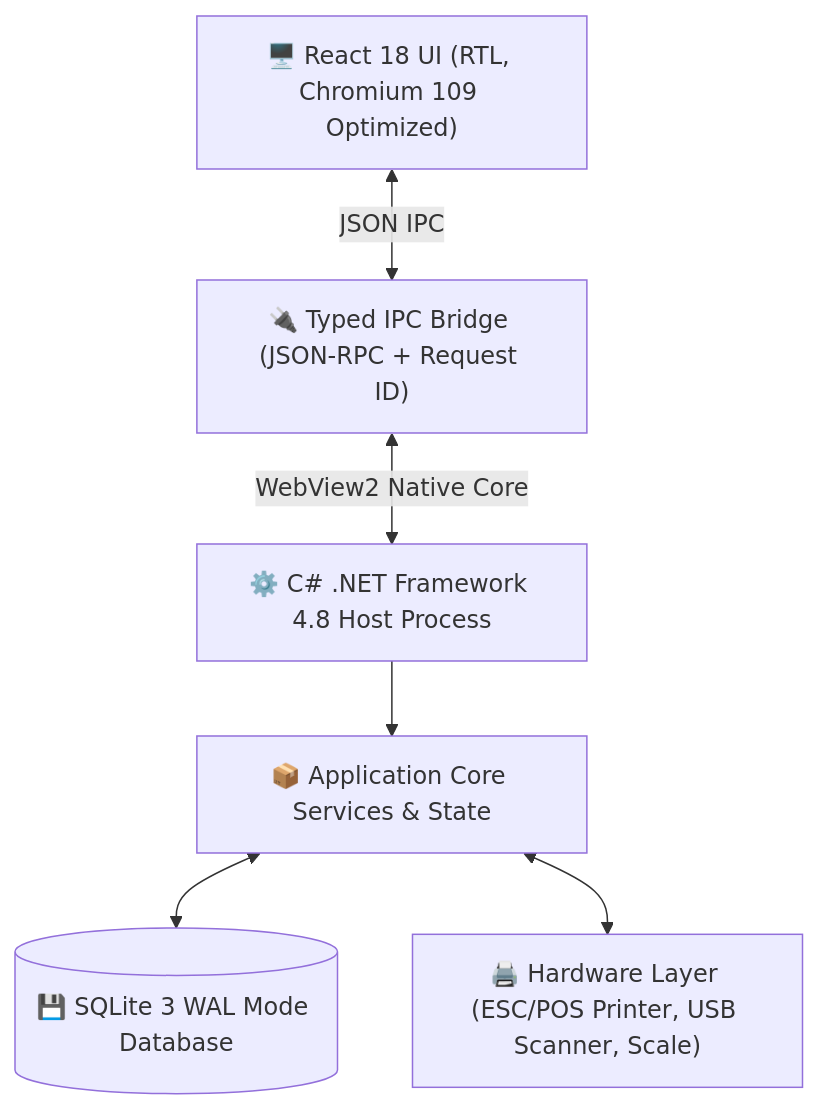
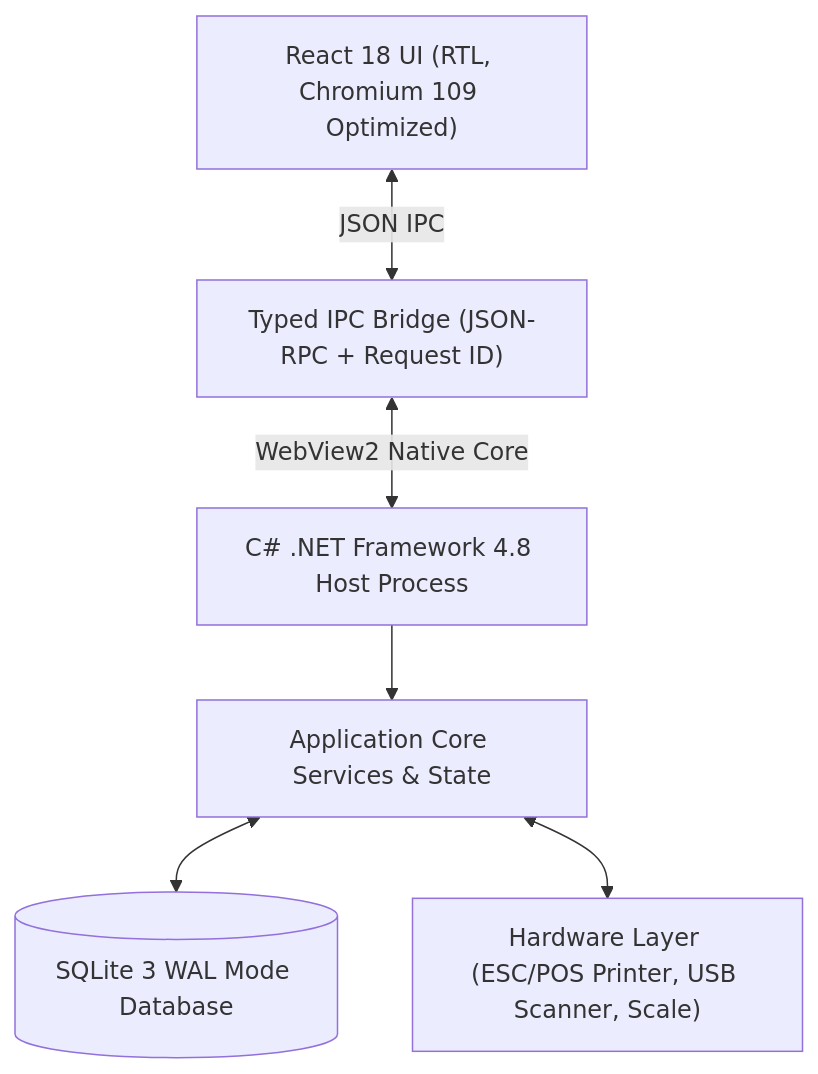
Before and after one commit to ISlamKhaledAli/RAFIQ: the diagram in README.md, drawn with Mermaid. The commit also changed other lines of this file and 5 other files, not shown here.

````diff
--- a/README.md
+++ b/README.md
@@ -133,15 +133,15 @@
 ```mermaid
 graph TD
-    UI["🖥️ React 18 UI (RTL, Chromium 109 Optimized)"]
-    Bridge["🔌 Typed IPC Bridge (JSON-RPC + Request ID)"]
-    Host["⚙️ C# .NET Framework 4.8 Host Process"]
-    Services["📦 Application Core Services & State"]
-    DB[("💾 SQLite 3 WAL Mode Database")]
-    Hardware["🖨️ Hardware Layer (ESC/POS Printer, USB Scanner, Scale)"]
+    UI["React 18 UI (RTL, Chromium 109 Optimized)"]
+    Bridge["Typed IPC Bridge (JSON-RPC + Request ID)"]
+    Host["C# .NET Framework 4.8 Host Process"]
+    Services["Application Core Services & State"]
+    DB[("SQLite 3 WAL Mode Database")]
+    Hardware["Hardware Layer (ESC/POS Printer, USB Scanner, Scale)"]
 
     UI <-->|JSON IPC| Bridge
     Bridge <-->|WebView2 Native Core| Host
     Host --> Services
     Services <--> DB
     Services <--> Hardware
 ```
````
